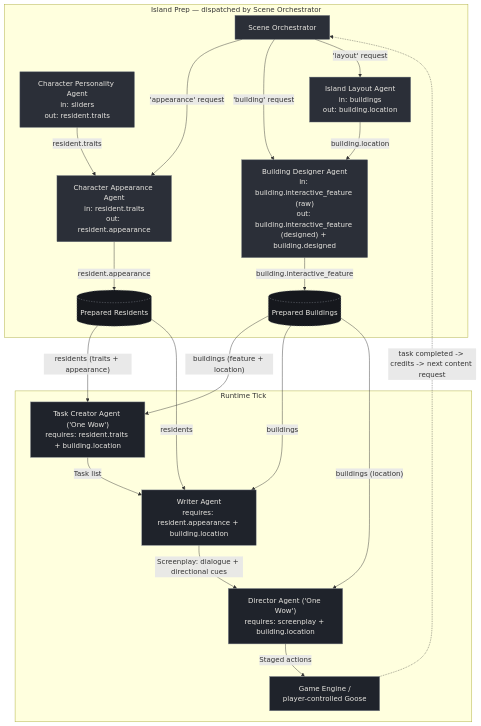
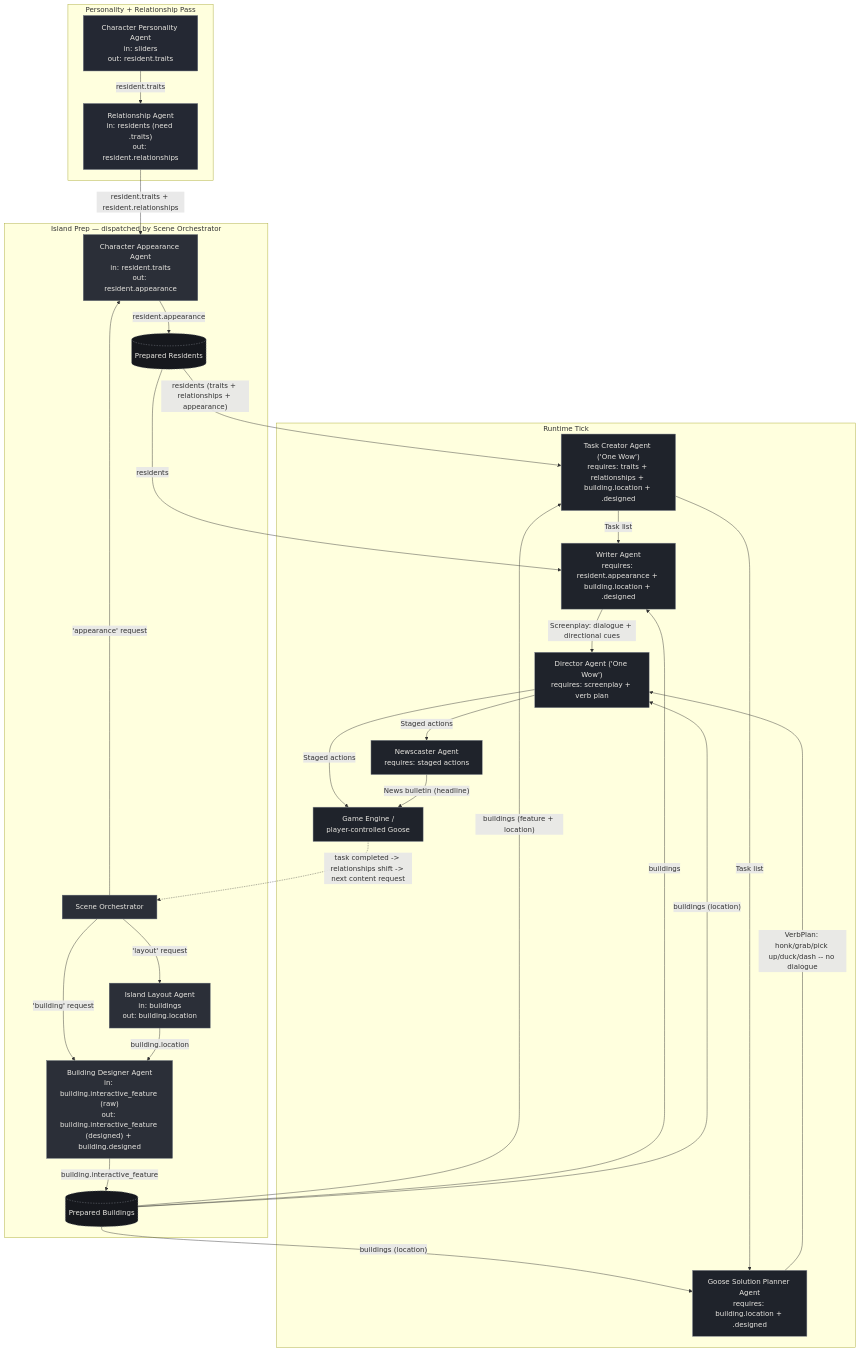
Before and after one commit to BeverlyAb/Multi-Agent-Game-Development: the diagram in GachoBadi/DIAGRAM.md, drawn with Mermaid. The commit also changed other lines of this file and 7 other files, not shown here.

````diff
--- a/GachoBadi/DIAGRAM.md
+++ b/GachoBadi/DIAGRAM.md
@@ -9,44 +14,59 @@
 ```mermaid
 flowchart TB
+    subgraph FOUNDATION["Personality + Relationship Pass"]
+        CPA["Character Personality Agent<br/>in: sliders<br/>out: resident.traits"]
+        RA["Relationship Agent<br/>in: residents (need .traits)<br/>out: resident.relationships"]
+        CPA -->|"resident.traits"| RA
+    end
+
     subgraph PREP["Island Prep — dispatched by Scene Orchestrator"]
         SO["Scene Orchestrator"]
-        CPA["Character Personality Agent<br/>in: sliders<br/>out: resident.traits"]
         CAA["Character Appearance Agent<br/>in: resident.traits<br/>out: resident.appearance"]
         ILA["Island Layout Agent<br/>in: buildings<br/>out: building.location"]
         BDA["Building Designer Agent<br/>in: building.interactive_feature (raw)<br/>out: building.interactive_feature (designed) + building.designed"]
 
         SO -->|"'appearance' request"| CAA
         SO -->|"'building' request"| BDA
         SO -->|"'layout' request"| ILA
 
-        CPA -->|"resident.traits"| CAA
         ILA -->|"building.location"| BDA
         CAA -->|"resident.appearance"| RESIDENTS[("Prepared Residents")]
         BDA -->|"building.interactive_feature"| BUILDINGS[("Prepared Buildings")]
     end
 
+    RA -->|"resident.traits + resident.relationships"| CAA
+
     subgraph TICK["Runtime Tick"]
-        TCA["Task Creator Agent ('One Wow')<br/>requires: resident.traits + building.location"]
-        WA["Writer Agent<br/>requires: resident.appearance + building.location"]
-        DA["Director Agent ('One Wow')<br/>requires: screenplay + building.location"]
+        TCA["Task Creator Agent ('One Wow')<br/>requires: traits + relationships + building.location + .designed"]
+        WA["Writer Agent<br/>requires: resident.appearance + building.location + .designed"]
+        GSPA["Goose Solution Planner Agent<br/>requires: building.location + .designed"]
+        DA["Director Agent ('One Wow')<br/>requires: screenplay + verb plan"]
+        NA["Newscaster Agent<br/>requires: staged actions"]
         GAME["Game Engine /<br/>player-controlled Goose"]
     end
 
-    RESIDENTS -->|"residents (traits + appearance)"| TCA
+    RESIDENTS -->|"residents (traits + relationships + appearance)"| TCA
     BUILDINGS -->|"buildings (feature + location)"| TCA
     RESIDENTS -->|"residents"| WA
     BUILDINGS -->|"buildings"| WA
+    BUILDINGS -->|"buildings (location)"| GSPA
     BUILDINGS -->|"buildings (location)"| DA
 
     TCA -->|"Task list"| WA
+    TCA -->|"Task list"| GSPA
     WA -->|"Screenplay: dialogue + directional cues"| DA
+    GSPA -->|"VerbPlan: honk/grab/pick up/duck/dash -- no dialogue"| DA
+    DA -->|"Staged actions"| NA
     DA -->|"Staged actions"| GAME
-    GAME -.->|"task completed -> credits -> next content request"| SO
+    NA -->|"News bulletin (headline)"| GAME
+    GAME -.->|"task completed -> relationships shift -> next content request"| SO
 
+    classDef found fill:#242833,stroke:#6b7280,color:#e8e6e1;
     classDef prep fill:#2b2f38,stroke:#5a6270,color:#e8e6e1;
     classDef tick fill:#1f232b,stroke:#8a8f98,color:#e8e6e1;
     classDef data fill:#16181d,stroke:#8a8f98,color:#e8e6e1,stroke-dasharray: 3 3;
-    class SO,CPA,CAA,ILA,BDA prep;
-    class TCA,WA,DA,GAME tick;
+    class CPA,RA found;
+    class SO,CAA,ILA,BDA prep;
+    class TCA,WA,GSPA,DA,NA,GAME tick;
     class RESIDENTS,BUILDINGS data;
 ```
````
